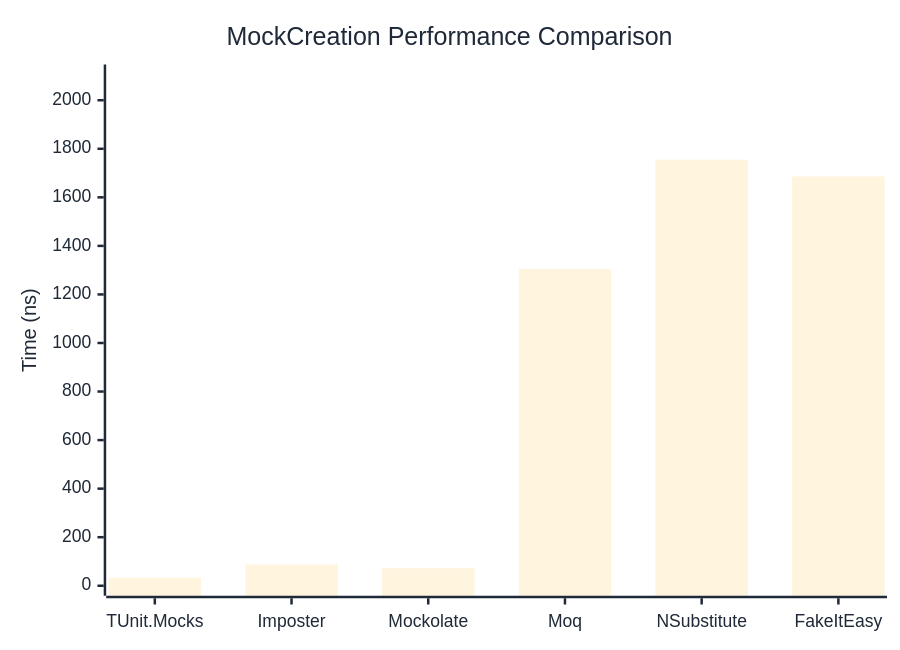
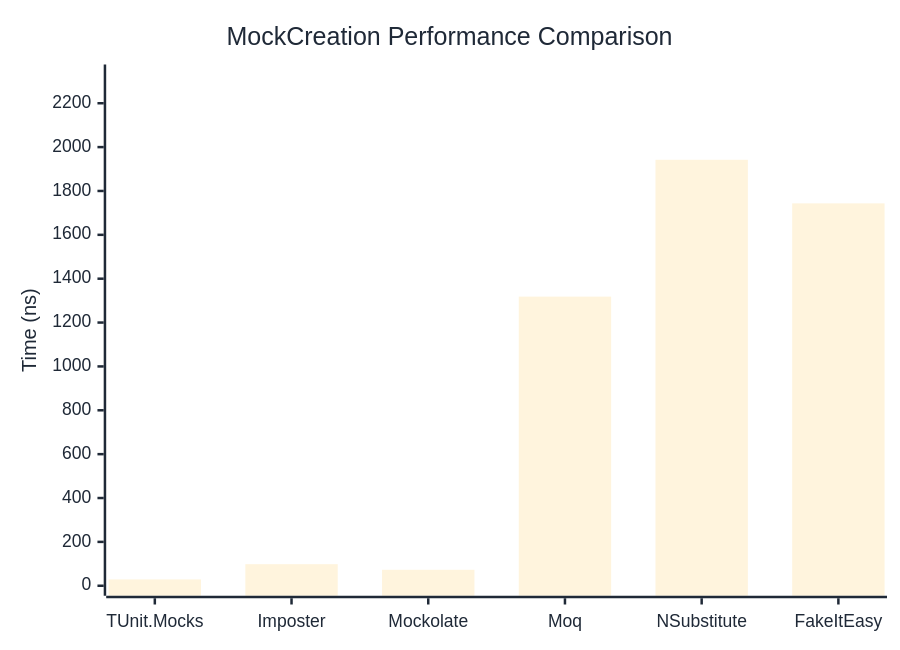
Before and after one commit to thomhurst/TUnit: the first of 2 diagrams in docs/docs/benchmarks/mocks/MockCreation.md, drawn with Mermaid. The commit also changed other lines of this file and 14 other files, not shown here.

````diff
--- a/docs/docs/benchmarks/mocks/MockCreation.md
+++ b/docs/docs/benchmarks/mocks/MockCreation.md
@@ -28,27 +28,27 @@
 ```mermaid
 %%{init: {
   'theme':'base',
   'themeVariables': {
     'primaryColor': '#2563eb',
     'primaryTextColor': '#1f2937',
     'primaryBorderColor': '#1e40af',
     'lineColor': '#6b7280',
     'secondaryColor': '#7c3aed',
     'tertiaryColor': '#dc2626',
     'background': '#ffffff',
     'pie1': '#2563eb',
     'pie2': '#7c3aed',
     'pie3': '#dc2626',
     'pie4': '#f59e0b',
     'pie5': '#10b981',
     'pie6': '#06b6d4',
     'pie7': '#ec4899',
     'pie8': '#6366f1'
   }
 }}%%
 xychart-beta
   title "MockCreation Performance Comparison"
   x-axis ["TUnit.Mocks", "Imposter", "Mockolate", "Moq", "NSubstitute", "FakeItEasy"]
-  y-axis "Time (ns)" 0 --> 2106
-  bar [33.06, 87.58, 72.01, 1304.59, 1755, 1686.18]
+  y-axis "Time (ns)" 0 --> 2331
+  bar [28.82, 98.31, 72.83, 1318.28, 1942.07, 1743.46]
 ```
````
